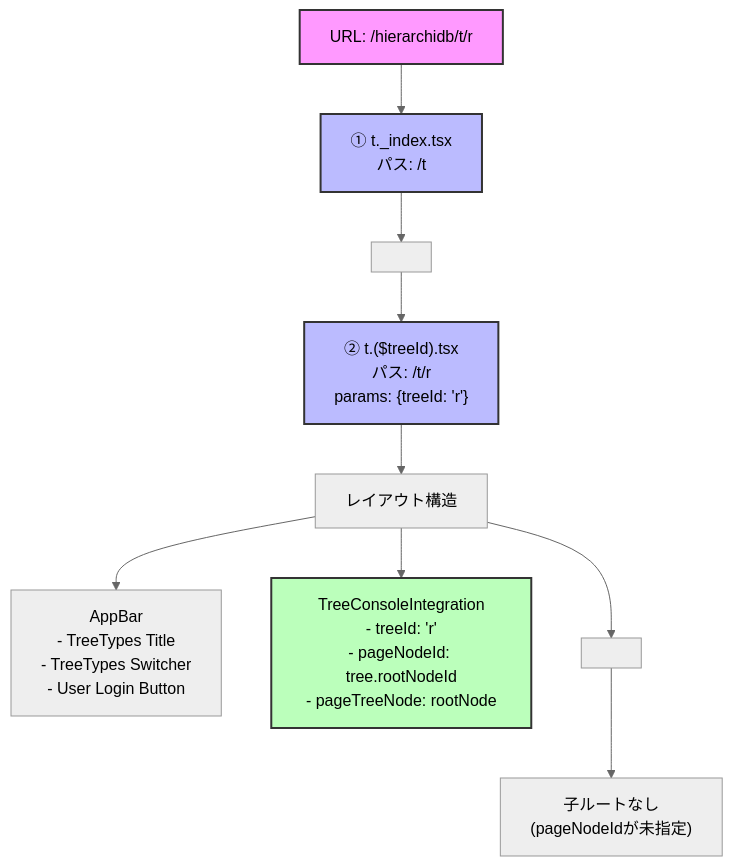
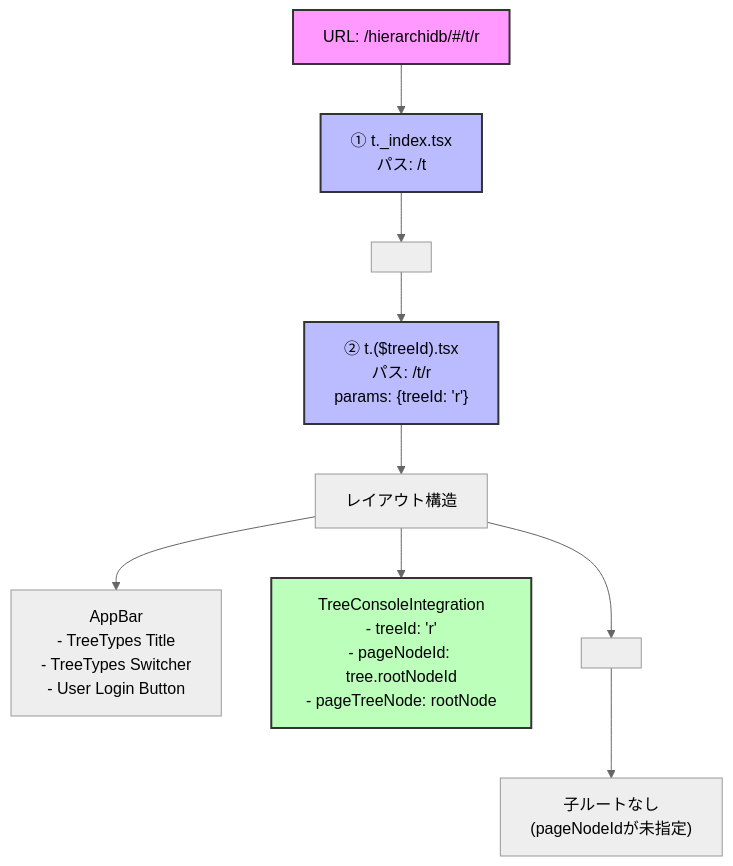
One commit to kubohiroya/hierarchidb changed the first of 2 diagrams in docs/deprecated/routing-visualization.md. Above: the diagram before and after it, drawn with Mermaid (neutral theme). The commit also changed other lines of this file and 15 other files, not shown here.

````diff
--- a/docs/deprecated/routing-visualization.md
+++ b/docs/deprecated/routing-visualization.md
@@ -16,20 +16,20 @@
 ```mermaid
 graph TD
-    Start["URL: /hierarchidb/t/r"] --> Match1["① t._index.tsx<br/>パス: /t"]
+    Start["URL: /hierarchidb/#/t/r"] --> Match1["① t._index.tsx<br/>パス: /t"]
     Match1 --> Outlet1["<Outlet />"]
     
     Outlet1 --> Match2["② t.($treeId).tsx<br/>パス: /t/r<br/>params: {treeId: 'r'}"]
     
     Match2 --> Layout["レイアウト構造"]
     
     Layout --> AppBar["AppBar<br/>- TreeTypes Title<br/>- TreeTypes Switcher<br/>- User Login Button"]
     Layout --> TreeConsole["TreeConsoleIntegration<br/>- treeId: 'r'<br/>- pageNodeId: tree.rootNodeId<br/>- pageTreeNode: rootNode"]
     Layout --> Outlet2["<Outlet />"]
     
     Outlet2 --> NoMatch["子ルートなし<br/>(pageNodeIdが未指定)"]
     
     style Start fill:#f9f,stroke:#333,stroke-width:2px
     style Match1 fill:#bbf,stroke:#333,stroke-width:2px
     style Match2 fill:#bbf,stroke:#333,stroke-width:2px
     style TreeConsole fill:#bfb,stroke:#333,stroke-width:2px
 ```
````
